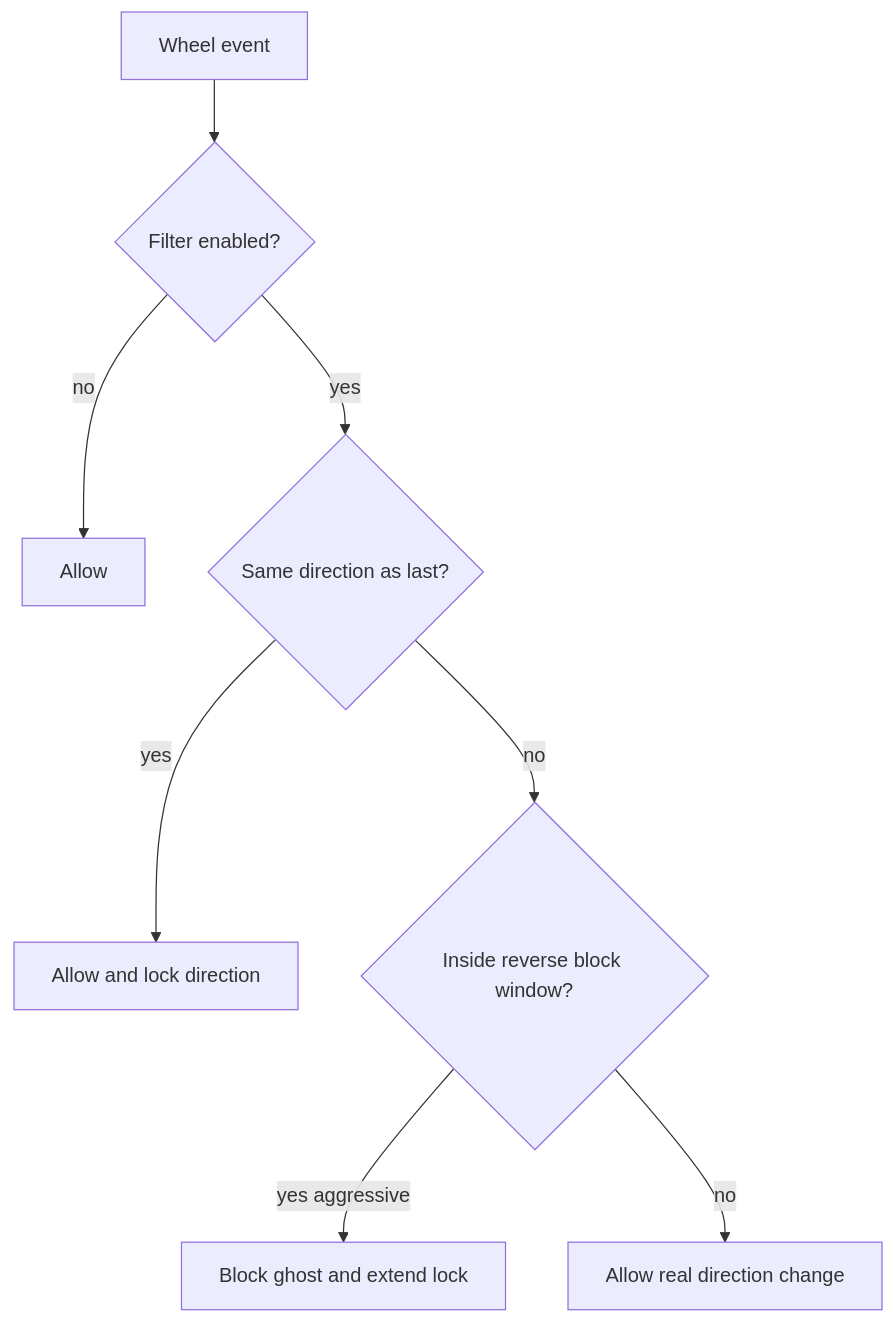
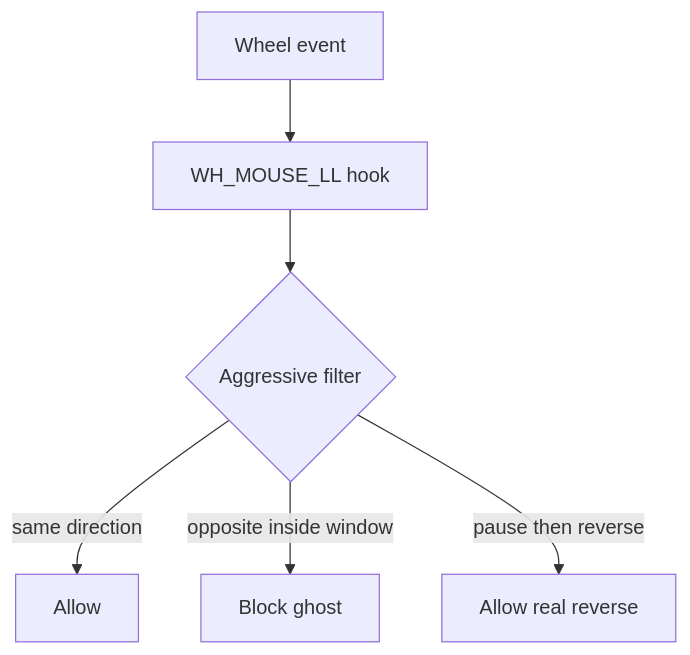
Before and after one commit to Leozz18/scroll-fix: the second of 2 diagrams in README.md, drawn with Mermaid. The commit also changed other lines of this file and 3 other files, not shown here.

````diff
--- a/README.md
+++ b/README.md
@@ -55,11 +36,8 @@
 ```mermaid
 flowchart TD
-  event[Wheel event]
-  event --> enabled{Filter enabled?}
-  enabled -->|no| pass[Allow]
-  enabled -->|yes| same{Same direction as last?}
-  same -->|yes| passSame[Allow and lock direction]
-  same -->|no| window{Inside reverse block window?}
-  window -->|yes aggressive| drop[Block ghost and extend lock]
-  window -->|no| reverse[Allow real direction change]
+  event[Wheel event] --> hook[WH_MOUSE_LL hook]
+  hook --> filter{Aggressive filter}
+  filter -->|same direction| allow[Allow]
+  filter -->|opposite inside window| block[Block ghost]
+  filter -->|pause then reverse| reverse[Allow real reverse]
 ```
````
